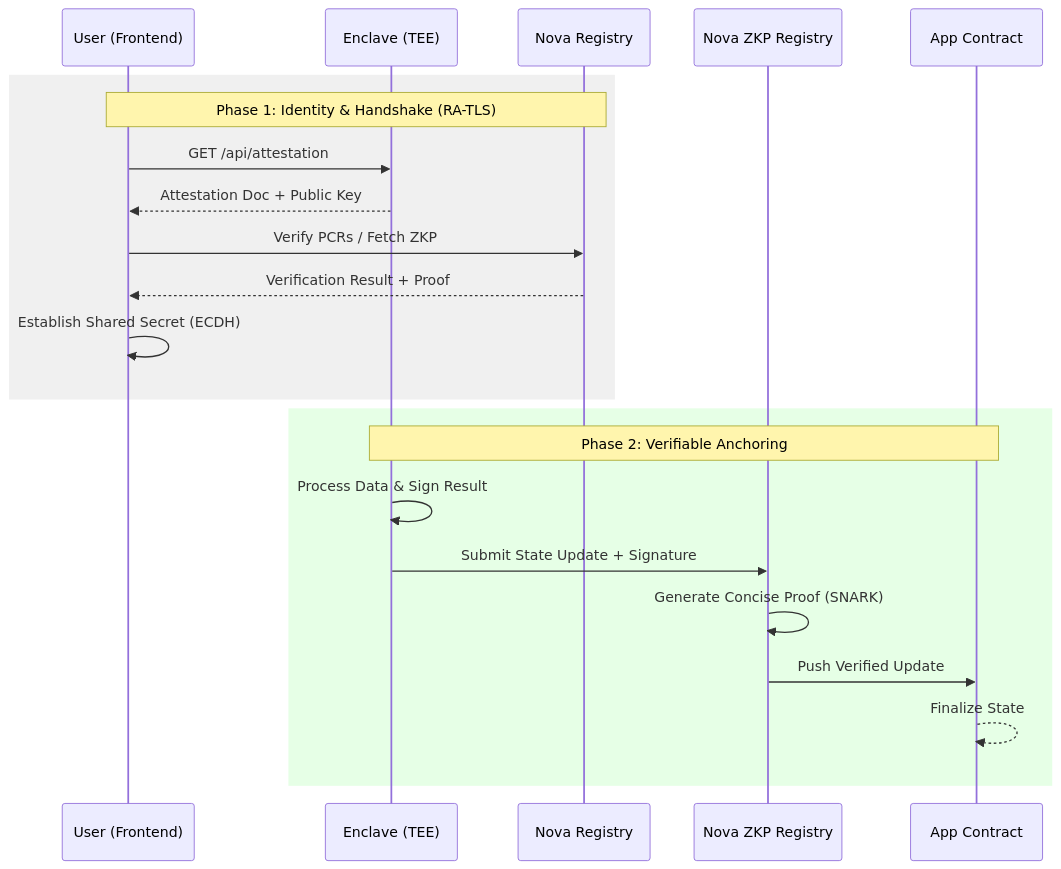
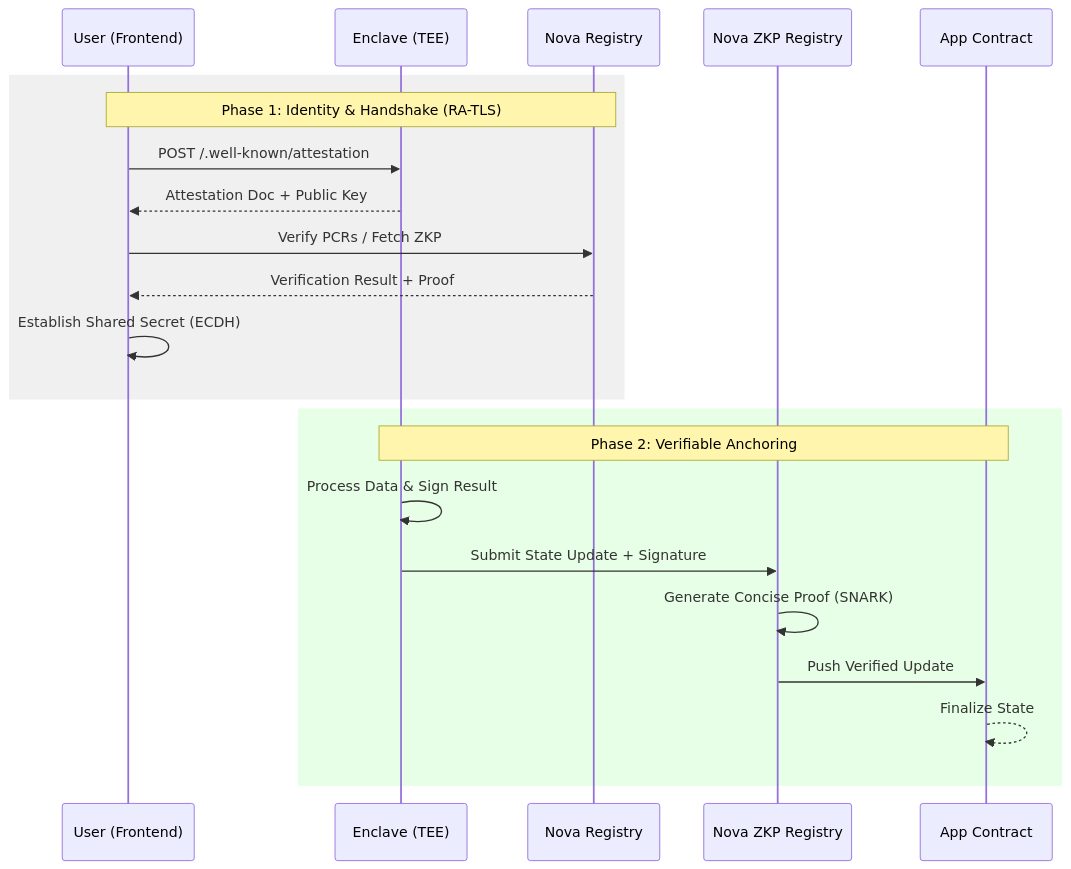
The diagram in nova-app-template/tutorial.md (sparsity-xyz/sparsity-nova-examples), drawn with Mermaid before and after one commit. The commit also changed other lines of this file and 32 other files, not shown here.

````diff
--- a/nova-app-template/tutorial.md
+++ b/nova-app-template/tutorial.md
@@ -36,26 +36,26 @@
 ```mermaid
 sequenceDiagram
     participant U as User (Frontend)
     participant E as Enclave (TEE)
     participant NR as Nova Registry
     participant ZKP as Nova ZKP Registry
     participant AC as App Contract
     
     rect rgb(240, 240, 240)
         Note over U,NR: Phase 1: Identity & Handshake (RA-TLS)
-        U->>E: GET /api/attestation
+        U->>E: POST /.well-known/attestation
         E-->>U: Attestation Doc + Public Key
         U->>NR: Verify PCRs / Fetch ZKP
         NR-->>U: Verification Result + Proof
         U->>U: Establish Shared Secret (ECDH)
     end
 
     rect rgb(230, 255, 230)
         Note over E,AC: Phase 2: Verifiable Anchoring
         E->>E: Process Data & Sign Result
         E->>ZKP: Submit State Update + Signature
         ZKP->>ZKP: Generate Concise Proof (SNARK)
         ZKP->>AC: Push Verified Update
         AC-->>AC: Finalize State
     end
 ```
````
